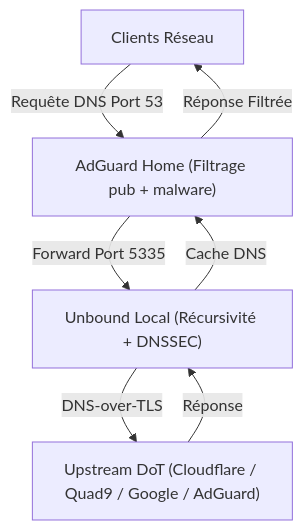
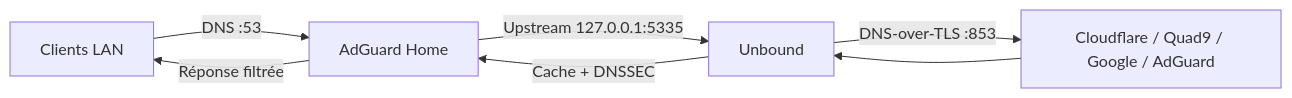
One commit to nickdesi/unbound-adguard-installer changed the diagram in README.md. Above: the diagram before and after it, drawn with Mermaid. The commit also changed other lines of this file and 1 other file, not shown here.

````diff
--- a/README.md
+++ b/README.md
@@ -13,9 +39,9 @@
 ```mermaid
-graph TD
-    Client[Clients Réseau] -->|Requête DNS Port 53| AGH["AdGuard Home (Filtrage pub + malware)"]
-    AGH -->|Forward Port 5335| Unbound["Unbound Local (Récursivité + DNSSEC)"]
-    Unbound -->|DNS-over-TLS| Upstream["Upstream DoT (Cloudflare / Quad9 / Google / AdGuard)"]
-    Upstream -->|Réponse| Unbound
-    Unbound -->|Cache DNS| AGH
-    AGH -->|Réponse Filtrée| Client
+graph LR
+    Clients[Clients LAN] -->|DNS :53| AGH[AdGuard Home]
+    AGH -->|Upstream 127.0.0.1:5335| UB[Unbound]
+    UB -->|DNS-over-TLS :853| DOT[Cloudflare / Quad9 / Google / AdGuard]
+    DOT --> UB
+    UB -->|Cache + DNSSEC| AGH
+    AGH -->|Réponse filtrée| Clients
 ```
````
